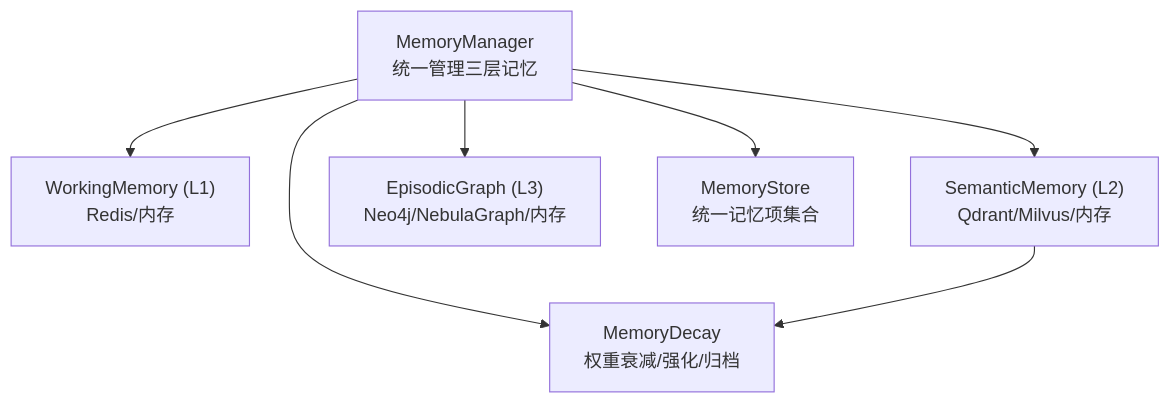
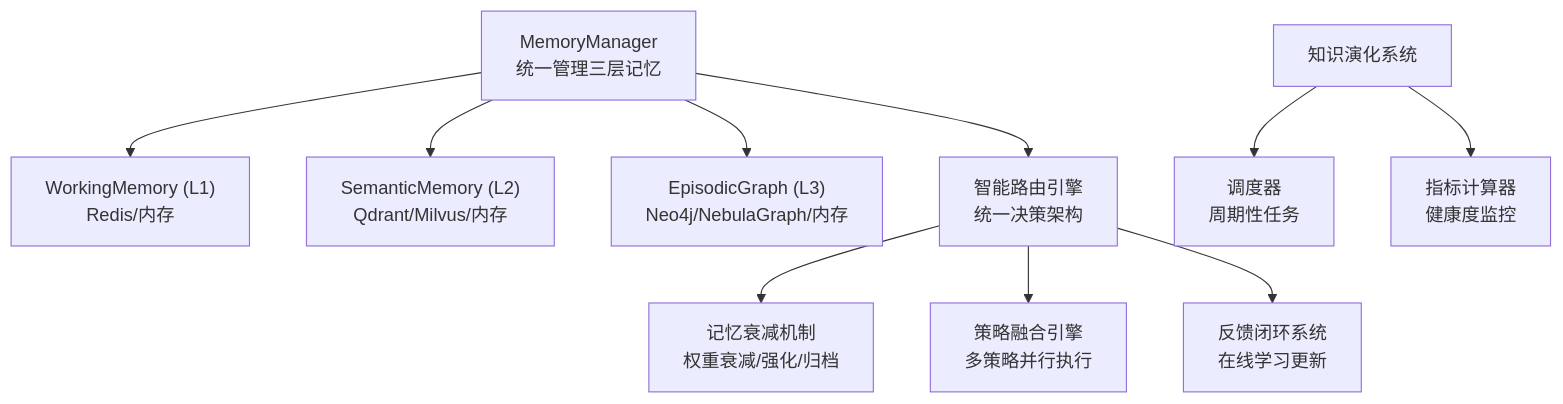
Before and after one commit to JieGaoPrinceton/NecoRAG: the first of 12 diagrams in .qoder/repowiki/zh/content/记忆管理层/记忆管理层.md, drawn with Mermaid. The commit also changed other lines of this file and 82 other files, not shown here.

````diff
--- a/.qoder/repowiki/zh/content/记忆管理层/记忆管理层.md
+++ b/.qoder/repowiki/zh/content/记忆管理层/记忆管理层.md
@@ -47,9 +64,12 @@
 ```mermaid
 graph TB
 MM["MemoryManager<br/>统一管理三层记忆"] --> WM["WorkingMemory (L1)<br/>Redis/内存"]
 MM --> SM["SemanticMemory (L2)<br/>Qdrant/Milvus/内存"]
 MM --> EG["EpisodicGraph (L3)<br/>Neo4j/NebulaGraph/内存"]
-MM --> DEC["MemoryDecay<br/>权重衰减/强化/归档"]
-SM --> DEC
-MM --> MS["MemoryStore<br/>统一记忆项集合"]
+MM --> SRE["智能路由引擎<br/>统一决策架构"]
+SRE --> DEC["记忆衰减机制<br/>权重衰减/强化/归档"]
+SRE --> SF["策略融合引擎<br/>多策略并行执行"]
+SRE --> FB["反馈闭环系统<br/>在线学习更新"]
+KE["知识演化系统"] --> SCH["调度器<br/>周期性任务"]
+KE --> MET["指标计算器<br/>健康度监控"]
 ```
````
